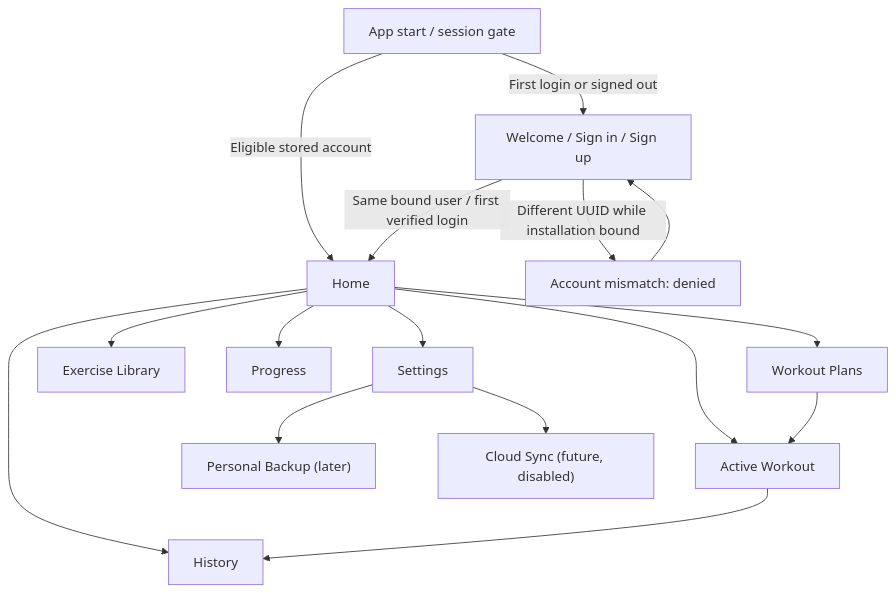
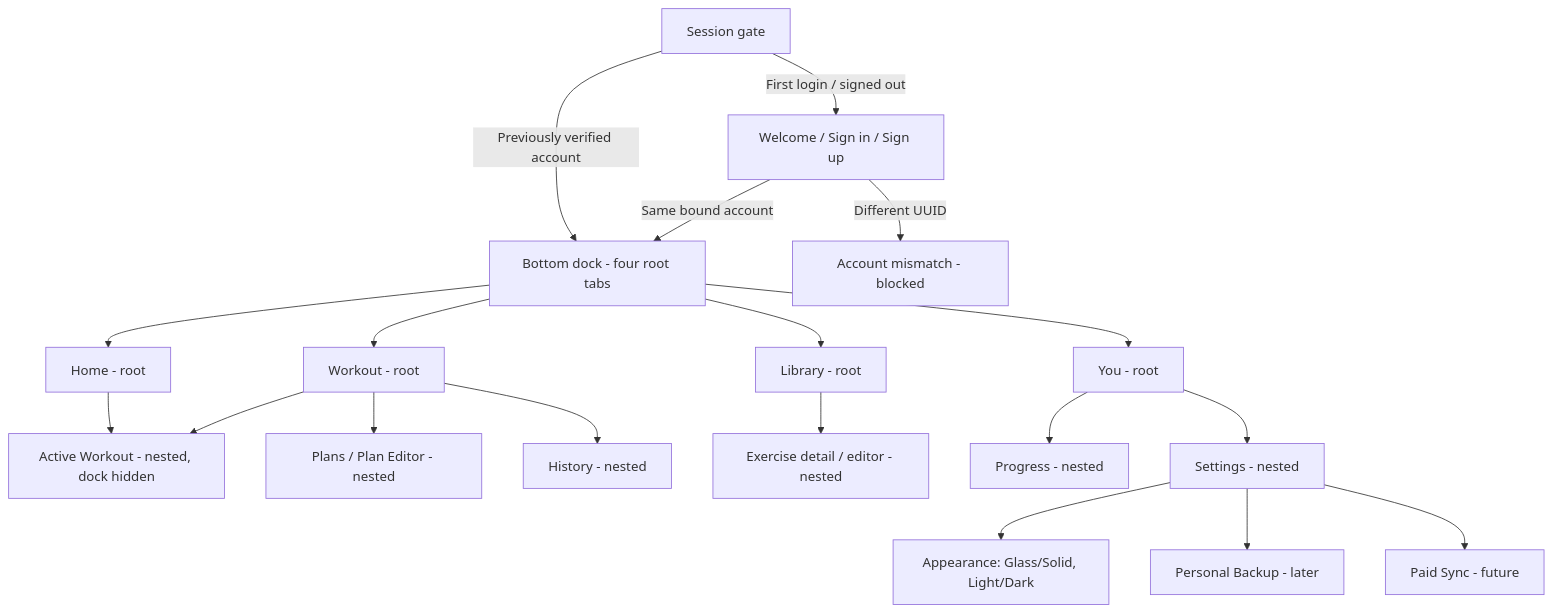
The diagram in docs/20-MVP-UX-FLOWS.md (im-tnyx/Tio-Workspace), drawn with Mermaid before and after one commit. The commit also changed other lines of this file and 7 other files, not shown here.

Commit message:
docs(design): record four-tab adaptive glass shell and phase-correct UX tests

````diff
--- a/docs/20-MVP-UX-FLOWS.md
+++ b/docs/20-MVP-UX-FLOWS.md
@@ -17,18 +17,21 @@
 ```mermaid
 flowchart TD
-  S["App start / session gate"] -->|First login or signed out| A["Welcome / Sign in / Sign up"]
-  S -->|Eligible stored account| H["Home"]
-  A -->|Same bound user / first verified login| H
-  A -->|Different UUID while installation bound| M["Account mismatch: denied"]
-  M --> A
-  H --> W["Active Workout"]
-  H --> P["Workout Plans"]
-  H --> L["Exercise Library"]
-  H --> T["History"]
-  H --> R["Progress"]
-  H --> E["Settings"]
-  E --> B["Personal Backup (later)"]
-  E --> X["Cloud Sync (future, disabled)"]
-  P --> W
-  W --> T
+  S["Session gate"] -->|Previously verified account| Dock["Bottom dock - four root tabs"]
+  S -->|First login / signed out| Auth["Welcome / Sign in / Sign up"]
+  Auth -->|Same bound account| Dock
+  Auth -->|Different UUID| Denied["Account mismatch - blocked"]
+  Dock --> Home["Home - root"]
+  Dock --> Workout["Workout - root"]
+  Dock --> Library["Library - root"]
+  Dock --> You["You - root"]
+  Home --> Active["Active Workout - nested, dock hidden"]
+  Workout --> Plans["Plans / Plan Editor - nested"]
+  Workout --> Active
+  Workout --> History["History - nested"]
+  Library --> Exercise["Exercise detail / editor - nested"]
+  You --> Progress["Progress - nested"]
+  You --> Settings["Settings - nested"]
+  Settings --> Appear["Appearance: Glass/Solid, Light/Dark"]
+  Settings --> Backup["Personal Backup - later"]
+  Settings --> Sync["Paid Sync - future"]
 ```
````
